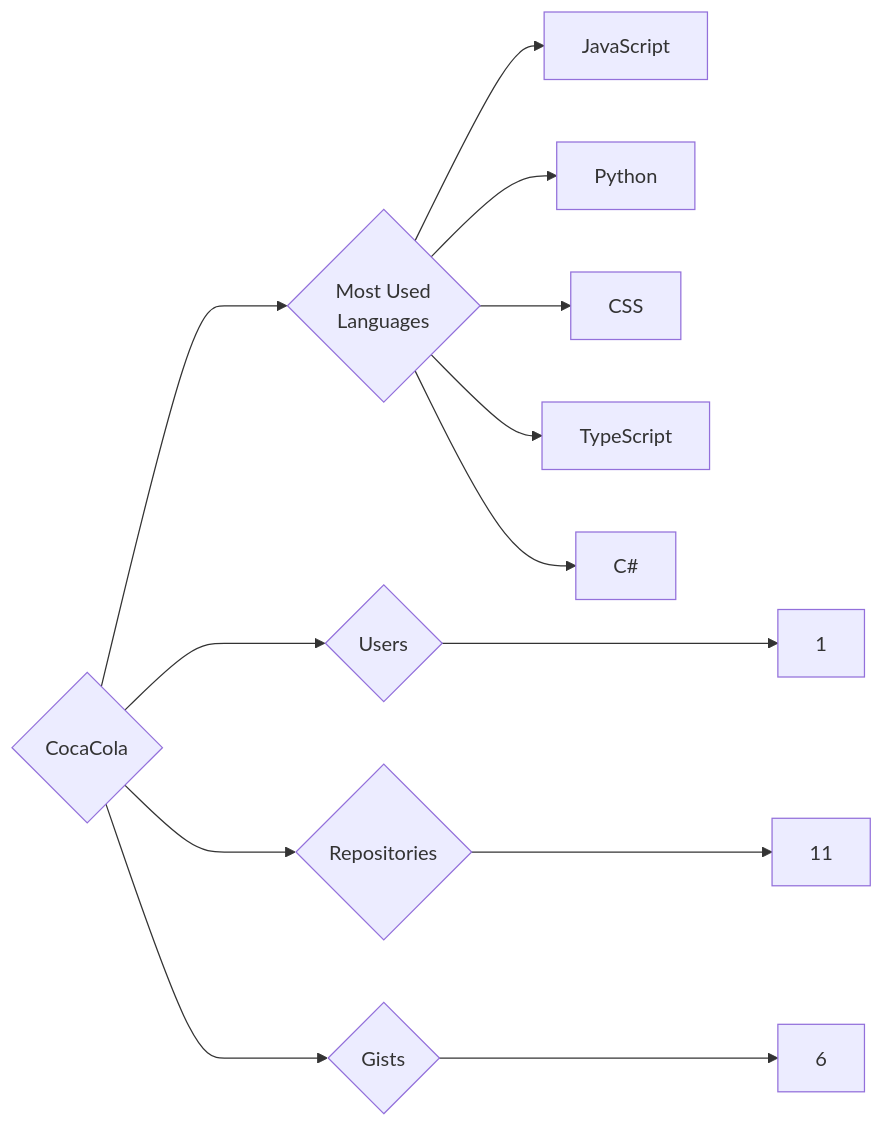
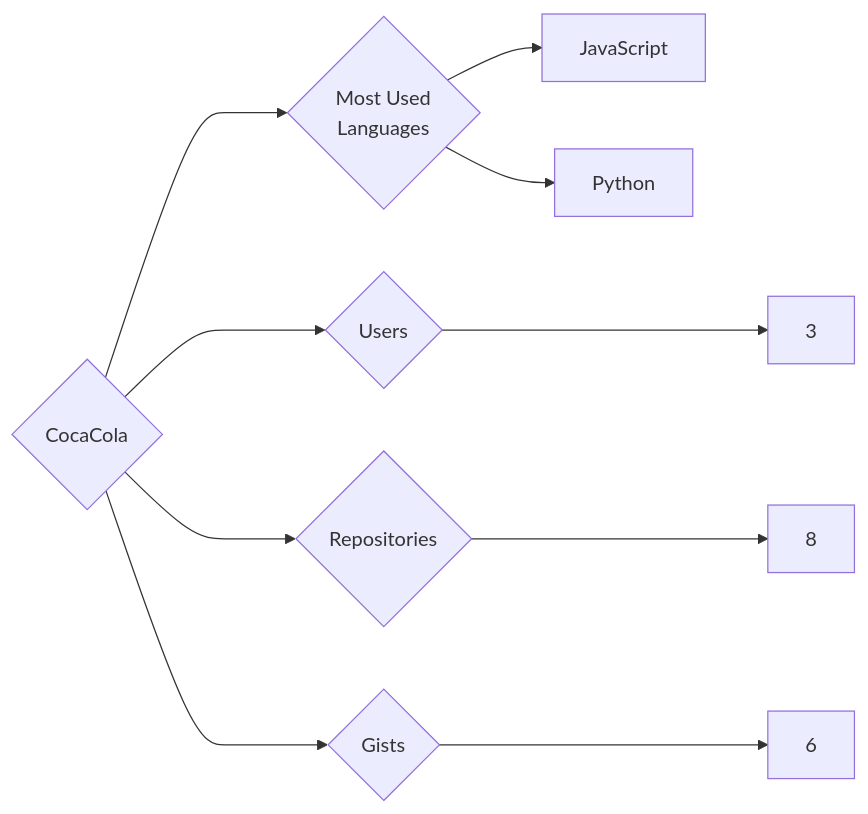
Before and after one commit to trickest/insiders: the diagram in targets/CocaCola/README.md, drawn with Mermaid. The commit also changed 912 other files, not shown here.

````diff
--- a/targets/CocaCola/README.md
+++ b/targets/CocaCola/README.md
@@ -3,13 +3,10 @@
 ```mermaid
 graph LR
 COMPANY_NAME{CocaCola}
-COMPANY_NAME ---> U{Users} ---> UN[1]
-COMPANY_NAME ---> R{Repositories} ---> RN[11]
+COMPANY_NAME ---> U{Users} ---> UN[3]
+COMPANY_NAME ---> R{Repositories} ---> RN[8]
 COMPANY_NAME ---> G{Gists} ---> GN[6]
 COMPANY_NAME ---> ML{Most Used<br>Languages}
 ML --> JavaScript[JavaScript]
 ML --> Python[Python]
-ML --> CSS[CSS]
-ML --> TypeScript[TypeScript]
-ML --> C#[C#]
 ```
````
